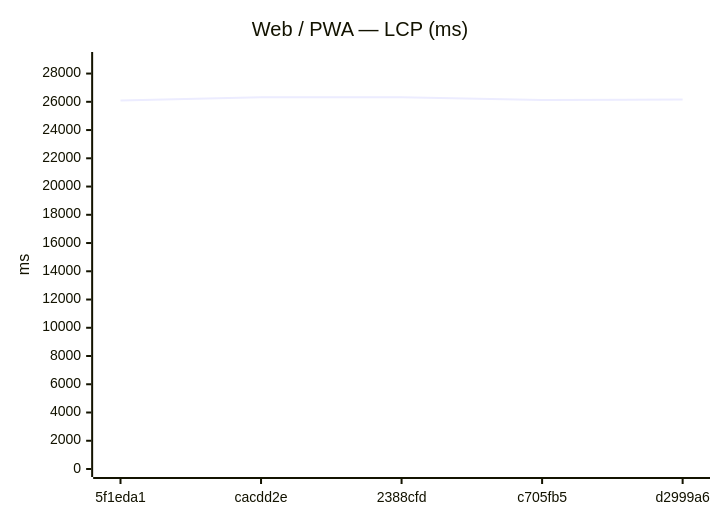
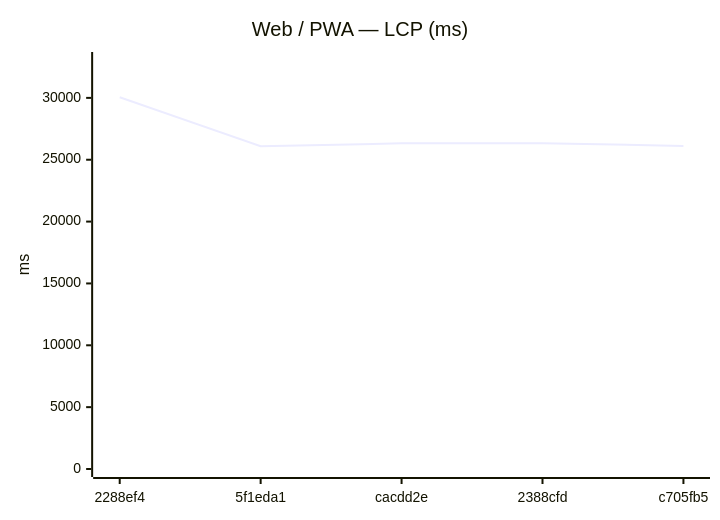
The fifth of 12 diagrams in benchmarks/compare.md (Metaheurist/Rianell), drawn with Mermaid before and after one commit. The commit also changed other lines of this file and 8 other files, not shown here.

````diff
--- a/benchmarks/compare.md
+++ b/benchmarks/compare.md
@@ -82,7 +82,7 @@
 ```mermaid
 xychart-beta
     title "Web / PWA — LCP (ms)"
-    x-axis ["5f1eda1", "cacdd2e", "2388cfd", "c705fb5", "d2999a6"]
-    y-axis "ms" 0 --> 28960
-    line [26085, 26327, 26326, 26120, 26164]
+    x-axis ["2288ef4", "5f1eda1", "cacdd2e", "2388cfd", "c705fb5"]
+    y-axis "ms" 0 --> 33062
+    line [30056, 26085, 26327, 26326, 26120]
 ```
````
